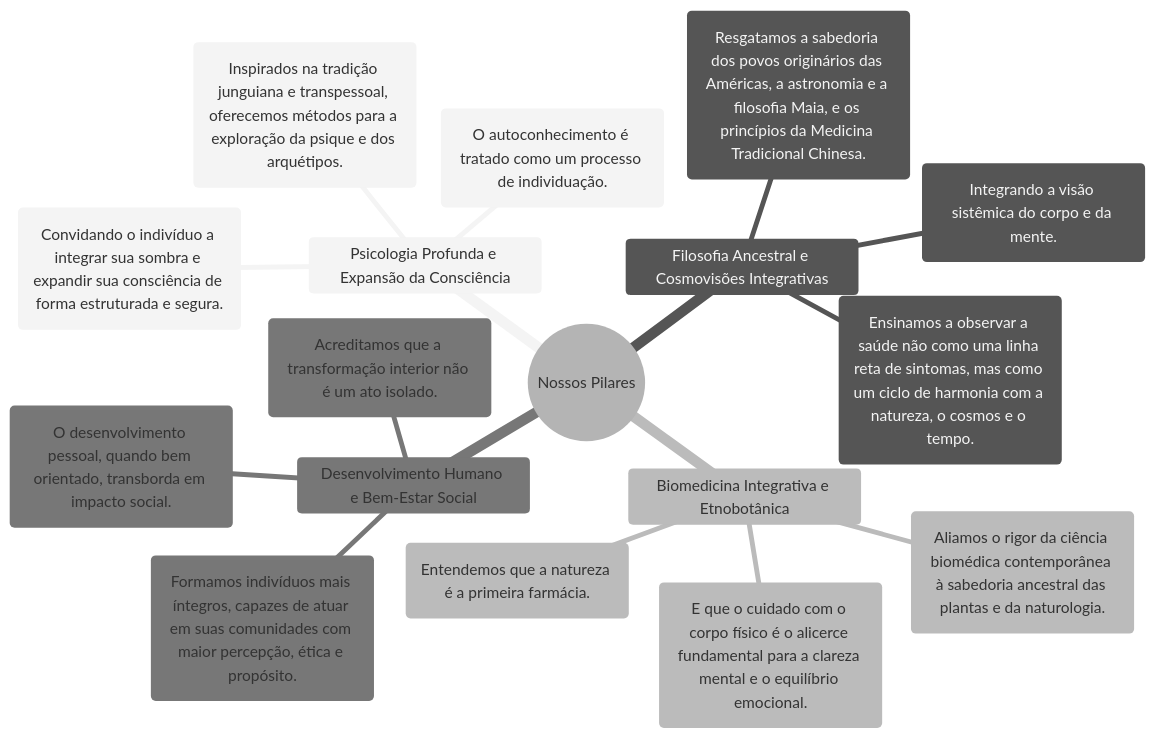
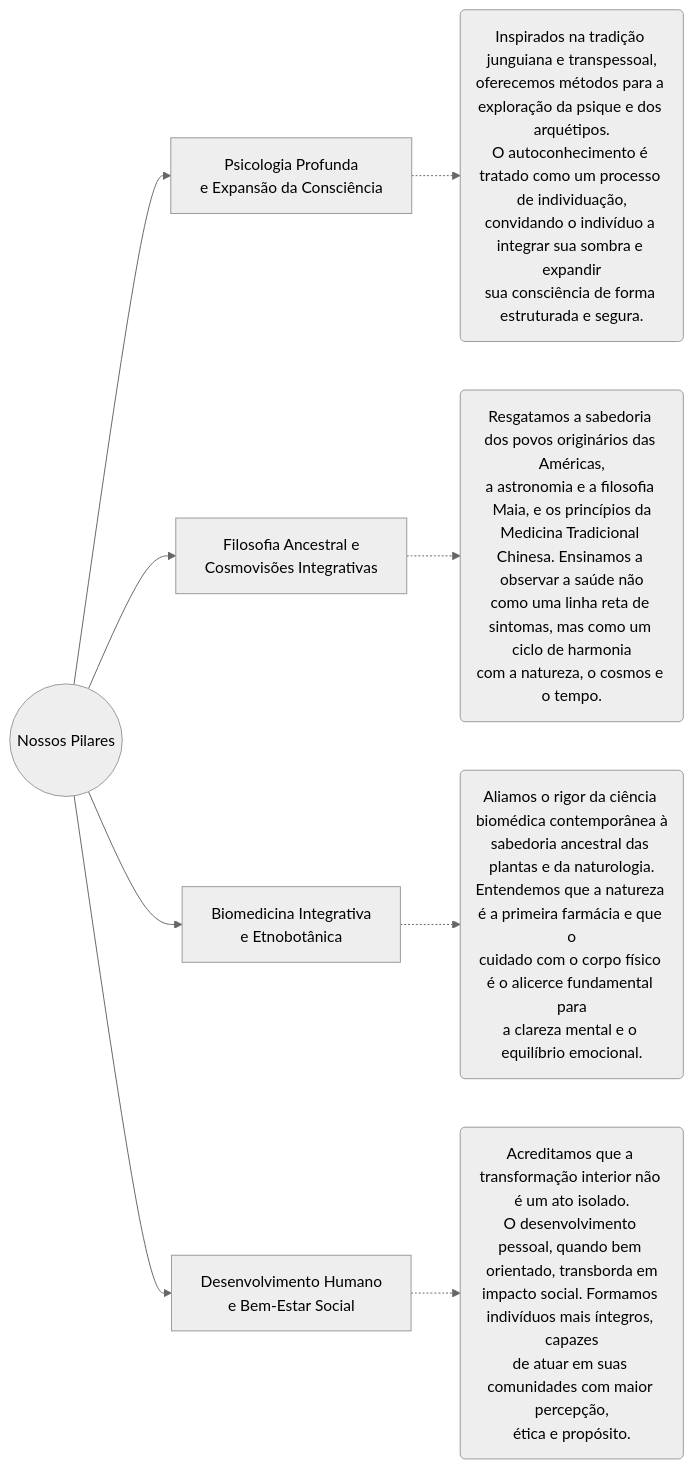
One commit to praticasdebemestarsocial/silvianesilverio changed the diagram in _pages/about.md. Above: the diagram before and after it, drawn with Mermaid (neutral theme).

Commit message:
Muda o mermaid para graph LR mais estavel

````diff
--- a/_pages/about.md
+++ b/_pages/about.md
@@ -38,20 +38,15 @@
-<div class="mermaid">
-mindmap
-  root((Nossos Pilares))
-    Psicologia Profunda e Expansão da Consciência
-      (Inspirados na tradição junguiana e transpessoal, oferecemos métodos para a exploração da psique e dos arquétipos.)
-      (O autoconhecimento é tratado como um processo de individuação.)
-      (Convidando o indivíduo a integrar sua sombra e expandir sua consciência de forma estruturada e segura.)
-    Filosofia Ancestral e Cosmovisões Integrativas
-      (Resgatamos a sabedoria dos povos originários das Américas, a astronomia e a filosofia Maia, e os princípios da Medicina Tradicional Chinesa.)
-      (Ensinamos a observar a saúde não como uma linha reta de sintomas, mas como um ciclo de harmonia com a natureza, o cosmos e o tempo.)
-      (Integrando a visão sistêmica do corpo e da mente.)
-    Biomedicina Integrativa e Etnobotânica
-      (Aliamos o rigor da ciência biomédica contemporânea à sabedoria ancestral das plantas e da naturologia.)
-      (Entendemos que a natureza é a primeira farmácia.)
-      (E que o cuidado com o corpo físico é o alicerce fundamental para a clareza mental e o equilíbrio emocional.)
-    Desenvolvimento Humano e Bem-Estar Social
-      (Acreditamos que a transformação interior não é um ato isolado.)
-      (O desenvolvimento pessoal, quando bem orientado, transborda em impacto social.)
-      (Formamos indivíduos mais íntegros, capazes de atuar em suas comunidades com maior percepção, ética e propósito.)
-</div>
+```mermaid
+graph LR
+    Root((Nossos Pilares)) --> P1[Psicologia Profunda<br/>e Expansão da Consciência]
+    Root --> P2[Filosofia Ancestral e<br/>Cosmovisões Integrativas]
+    Root --> P3[Biomedicina Integrativa<br/>e Etnobotânica]
+    Root --> P4[Desenvolvimento Humano<br/>e Bem-Estar Social]
+
+    P1 -.-> D1(Inspirados na tradição junguiana e transpessoal,<br/>oferecemos métodos para a exploração da psique e dos arquétipos.<br/>O autoconhecimento é tratado como um processo de individuação,<br/>convidando o indivíduo a integrar sua sombra e expandir<br/>sua consciência de forma estruturada e segura.)
+    
+    P2 -.-> D2(Resgatamos a sabedoria dos povos originários das Américas,<br/>a astronomia e a filosofia Maia, e os princípios da<br/>Medicina Tradicional Chinesa. Ensinamos a observar a saúde não<br/>como uma linha reta de sintomas, mas como um ciclo de harmonia<br/>com a natureza, o cosmos e o tempo.)
+    
+    P3 -.-> D3(Aliamos o rigor da ciência biomédica contemporânea à<br/>sabedoria ancestral das plantas e da naturologia.<br/>Entendemos que a natureza é a primeira farmácia e que o<br/>cuidado com o corpo físico é o alicerce fundamental para<br/>a clareza mental e o equilíbrio emocional.)
+    
+    P4 -.-> D4(Acreditamos que a transformação interior não é um ato isolado.<br/>O desenvolvimento pessoal, quando bem orientado, transborda em<br/>impacto social. Formamos indivíduos mais íntegros, capazes<br/>de atuar em suas comunidades com maior percepção,<br/>ética e propósito.)
+```
````
